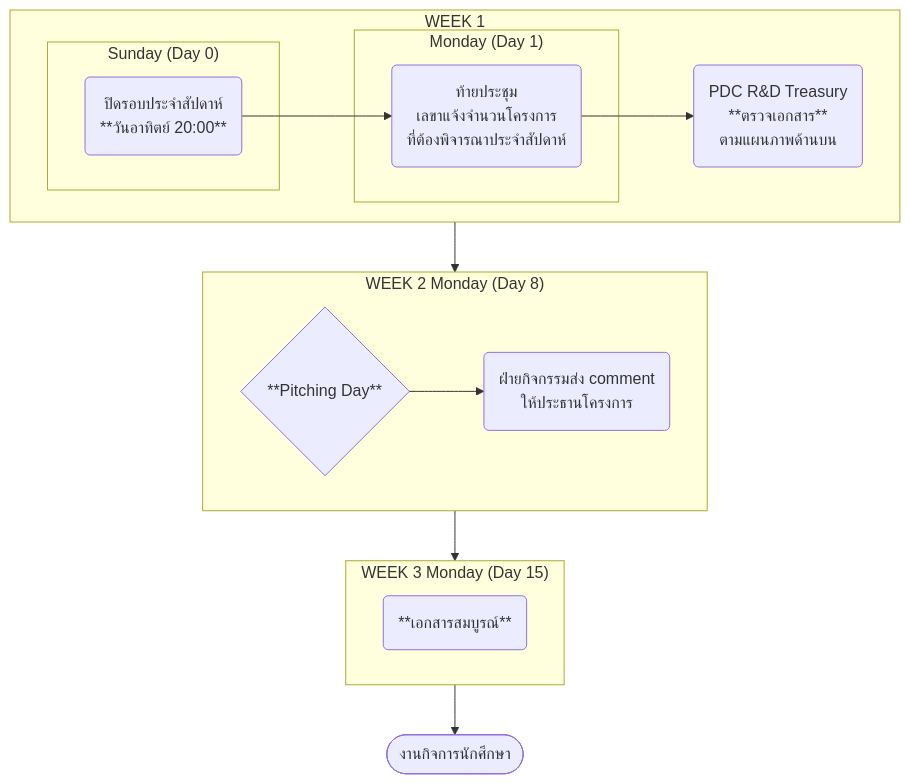
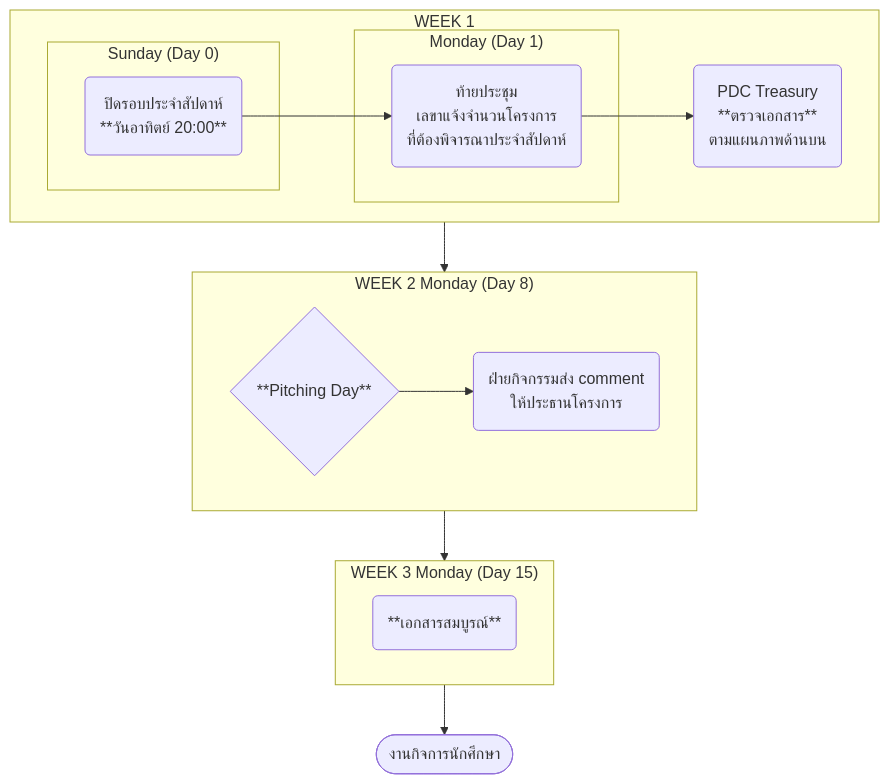
Before and after one commit to SMSUDev/guide: the second of 2 diagrams in sop/project/pitching.mdx, drawn with Mermaid. The commit also changed other lines of this file and 5 other files, not shown here.

````diff
--- a/sop/project/pitching.mdx
+++ b/sop/project/pitching.mdx
@@ -52,33 +50,33 @@
 ```mermaid
 flowchart TB
 subgraph wk1[WEEK 1]
   subgraph d0["Sunday (Day 0)"]
     start(ปิดรอบประจำสัปดาห์
     **วันอาทิตย์ 20:00**)
   end
   subgraph d1["Monday (Day 1)"]
     mon1(ท้ายประชุม
     เลขาแจ้งจำนวนโครงการ
     ที่ต้องพิจารณาประจำสัปดาห์)
   end
-  review(PDC R&D Treasury
+  review(PDC Treasury
   **ตรวจเอกสาร**
   ตามแผนภาพด้านบน)
 end
 subgraph d8["WEEK 2 Monday (Day 8)"]
   mon2{**Pitching Day**}
   comment(ฝ่ายกิจกรรมส่ง comment
   ให้ประธานโครงการ)
 end
 subgraph d15["WEEK 3 Monday (Day 15)"]
   mon3(**เอกสารสมบูรณ์**)
 end
 sisd([งานกิจการนักศึกษา])
 
   start --> mon1
   mon1 --> review
   wk1 --> d8
   mon2 --> comment
   d8 --> d15
   d15 --> sisd
 ```
````
